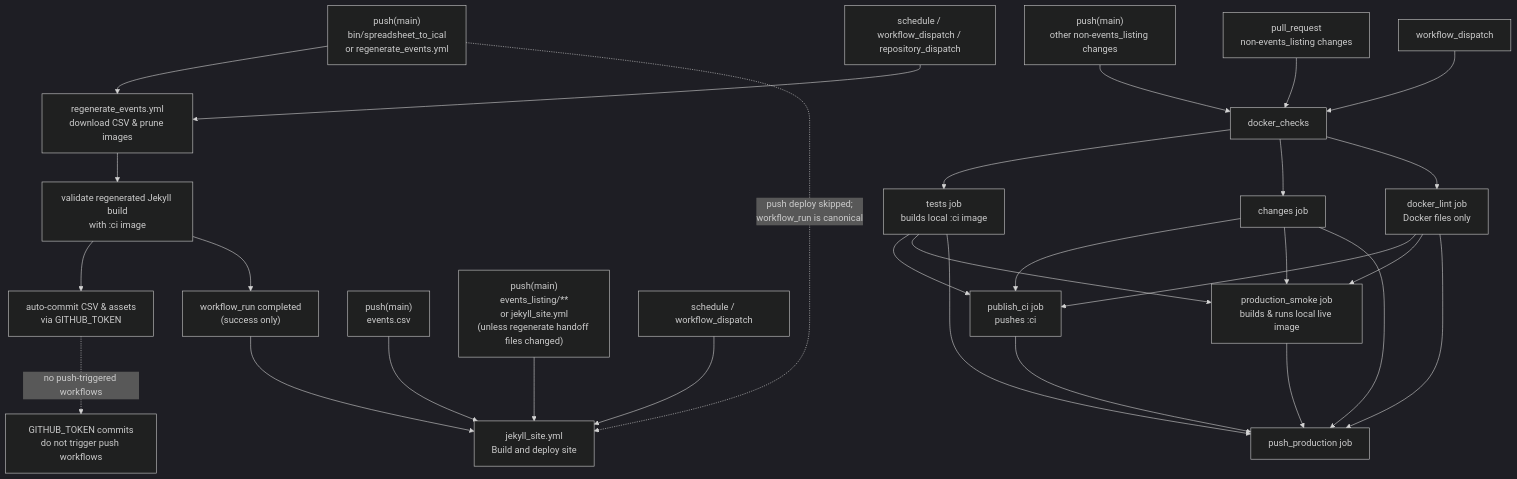
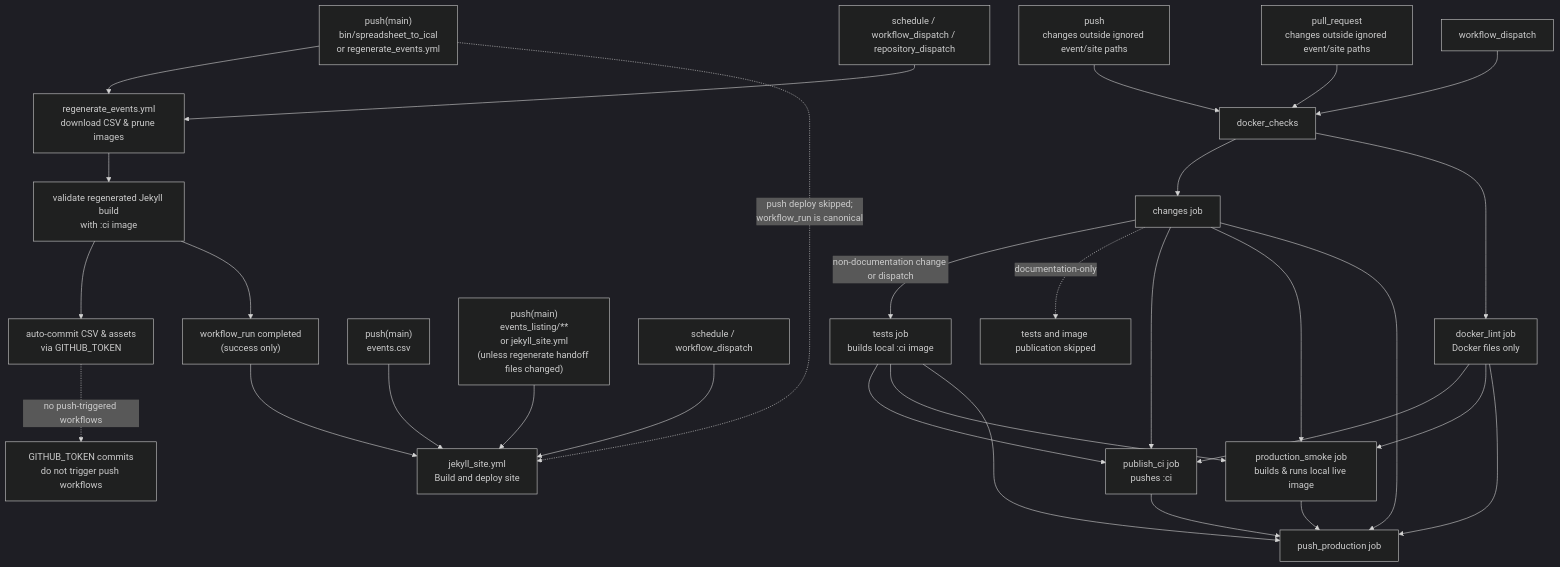
Before and after one commit to zewelor/ps_events: the diagram in .github/workflows/README.md, drawn with Mermaid (dark theme). The commit also changed other lines of this file and 3 other files, not shown here.

First line of the commit message:
Optimize docker checks workflow routing

````diff
--- a/.github/workflows/README.md
+++ b/.github/workflows/README.md
@@ -9,37 +9,38 @@
 ```mermaid
 flowchart TD
     push_regen["push(main)<br/>bin/spreadsheet_to_ical<br/>or regenerate_events.yml"] --> regenerate["regenerate_events.yml<br/>download CSV & prune images"]
     schedule_regen["schedule / workflow_dispatch / repository_dispatch"] --> regenerate
 
     regenerate --> regen_validate["validate regenerated Jekyll build<br/>with :ci image"]
     regen_validate --> regen_commit["auto-commit CSV & assets<br/>via GITHUB_TOKEN"]
     regen_validate --> regen_complete["workflow_run completed<br/>(success only)"]
     regen_complete --> jekyll["jekyll_site.yml<br/>Build and deploy site"]
 
     regen_commit -. no push-triggered workflows .-> token_note["GITHUB_TOKEN commits<br/>do not trigger push workflows"]
     push_regen -. push deploy skipped;<br/>workflow_run is canonical .-> jekyll
 
     push_events["push(main)<br/>events.csv"] --> jekyll
 
     push_site["push(main)<br/>events_listing/**<br/>or jekyll_site.yml<br/>(unless regenerate handoff files changed)"] --> jekyll
     schedule_site["schedule / workflow_dispatch"] --> jekyll
 
-    push_backend["push(main)<br/>other non-events_listing changes"] --> docker_checks
-    pr_backend["pull_request<br/>non-events_listing changes"] --> docker_checks
+    push_backend["push<br/>changes outside ignored event/site paths"] --> docker_checks
+    pr_backend["pull_request<br/>changes outside ignored event/site paths"] --> docker_checks
     dispatch_backend["workflow_dispatch"] --> docker_checks
 
-    docker_checks --> docker_tests["tests job<br/>builds local :ci image"]
     docker_checks --> docker_changes["changes job"]
+    docker_changes -->|non-documentation change or dispatch| docker_tests["tests job<br/>builds local :ci image"]
+    docker_changes -. documentation-only .-> docker_docs["tests and image publication skipped"]
     docker_checks --> docker_lint["docker_lint job<br/>Docker files only"]
     docker_tests --> docker_ci["publish_ci job<br/>pushes :ci"]
     docker_changes --> docker_ci
     docker_lint --> docker_ci
     docker_tests --> docker_smoke["production_smoke job<br/>builds & runs local live image"]
     docker_changes --> docker_smoke
     docker_lint --> docker_smoke
     docker_ci --> docker_production["push_production job"]
     docker_smoke --> docker_production
     docker_changes --> docker_production
     docker_tests --> docker_production
     docker_lint --> docker_production
 ```
````
